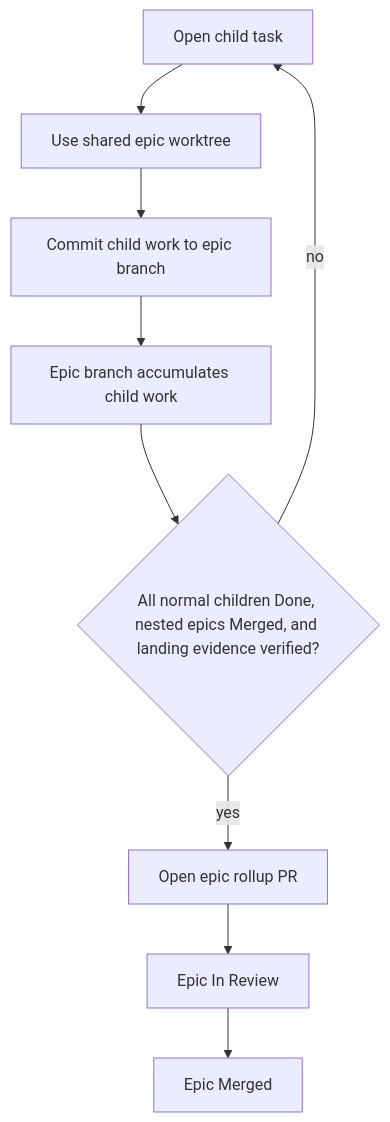
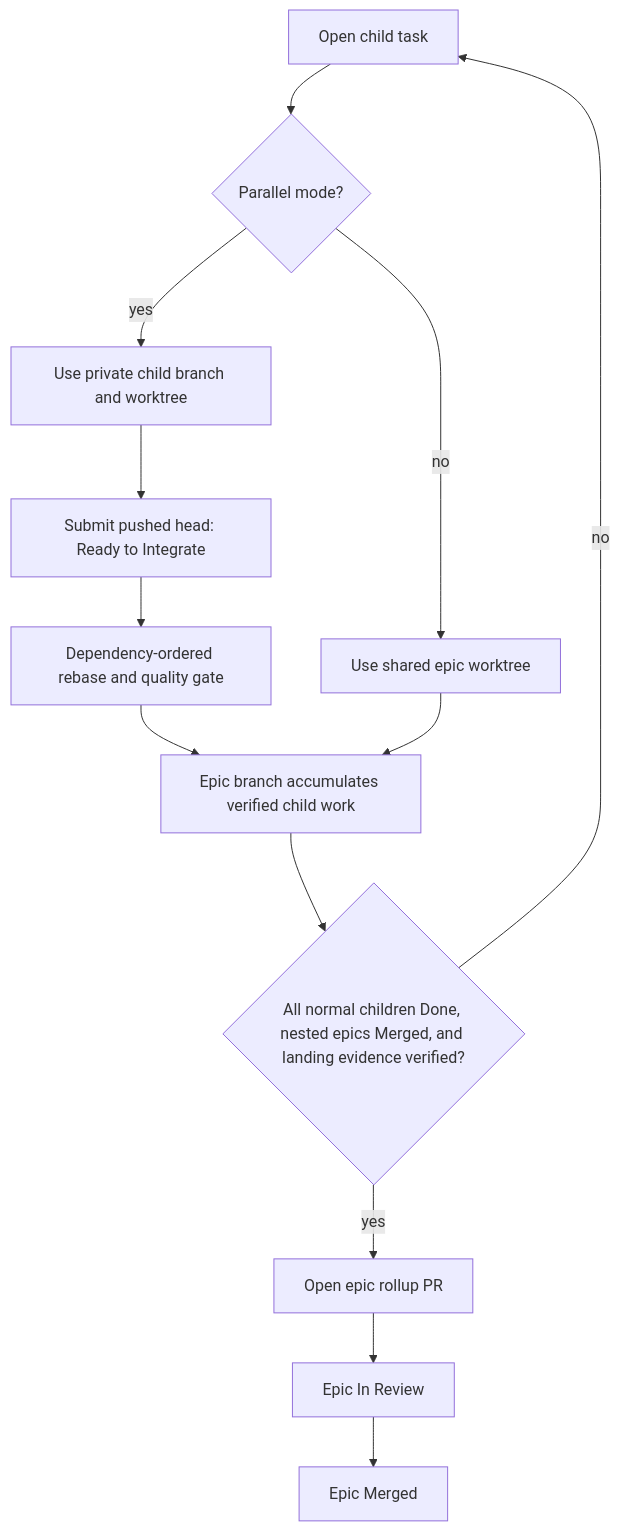
Before and after one commit to lesserevil/oompah: the fourth of 5 diagrams in docs/task-epic-workflow.md, drawn with Mermaid. The commit also changed other lines of this file and 35 other files, not shown here.

First line of the commit message:
Complete parallel epic coordination and integration

````diff
--- a/docs/task-epic-workflow.md
+++ b/docs/task-epic-workflow.md
@@ -170,11 +177,15 @@
 ```mermaid
 flowchart TD
-    ChildOpen[Open child task] --> SharedWork[Use shared epic worktree]
-    SharedWork --> SharedBranch[Commit child work to epic branch]
-    SharedBranch --> EpicBranch[Epic branch accumulates child work]
+    ChildOpen[Open child task] --> Mode{Parallel mode?}
+    Mode -- no --> SharedWork[Use shared epic worktree]
+    Mode -- yes --> PrivateWork[Use private child branch and worktree]
+    PrivateWork --> Ready[Submit pushed head: Ready to Integrate]
+    Ready --> Ordered[Dependency-ordered rebase and quality gate]
+    Ordered --> EpicBranch[Epic branch accumulates verified child work]
+    SharedWork --> EpicBranch
     EpicBranch --> ChildrenDone{All normal children Done, nested epics Merged, and landing evidence verified?}
     ChildrenDone -- no --> ChildOpen
     ChildrenDone -- yes --> RollupPR[Open epic rollup PR]
     RollupPR --> EpicReview[Epic In Review]
     EpicReview --> EpicMerged[Epic Merged]
 ```
````
